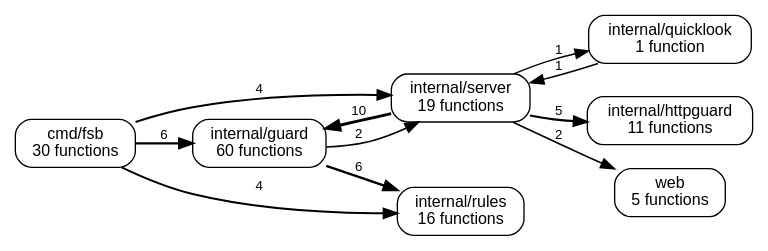
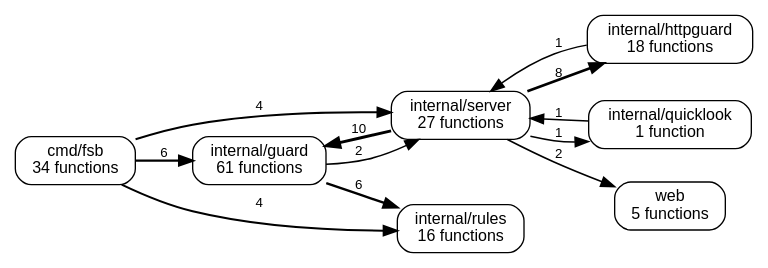
Before and after one commit to rprimmer/fsb: the diagram in docs/talk/packages.dot, drawn with Graphviz. The commit also changed 5 other files, not shown here.

```diff
--- a/docs/talk/packages.dot
+++ b/docs/talk/packages.dot
@@ -1,20 +1,21 @@
 digraph fsb {
  rankdir=LR; node [shape=box,style=rounded,fontname=Helvetica,fontsize=12]; edge [fontname=Helvetica,fontsize=10];
- "cmd/fsb" [label="cmd/fsb\n30 functions"];
- "internal/guard" [label="internal/guard\n60 functions"];
- "internal/httpguard" [label="internal/httpguard\n11 functions"];
+ "cmd/fsb" [label="cmd/fsb\n34 functions"];
+ "internal/guard" [label="internal/guard\n61 functions"];
+ "internal/httpguard" [label="internal/httpguard\n18 functions"];
  "internal/quicklook" [label="internal/quicklook\n1 function"];
  "internal/rules" [label="internal/rules\n16 functions"];
- "internal/server" [label="internal/server\n19 functions"];
+ "internal/server" [label="internal/server\n27 functions"];
  "web" [label="web\n5 functions"];
  "cmd/fsb" -> "internal/guard" [label="6",penwidth=1.8];
  "cmd/fsb" -> "internal/rules" [label="4",penwidth=1.5];
  "cmd/fsb" -> "internal/server" [label="4",penwidth=1.5];
  "internal/guard" -> "internal/rules" [label="6",penwidth=1.8];
  "internal/guard" -> "internal/server" [label="2",penwidth=1.2];
+ "internal/httpguard" -> "internal/server" [label="1",penwidth=1.1];
  "internal/quicklook" -> "internal/server" [label="1",penwidth=1.1];
  "internal/server" -> "internal/guard" [label="10",penwidth=2.2];
- "internal/server" -> "internal/httpguard" [label="5",penwidth=1.6];
+ "internal/server" -> "internal/httpguard" [label="8",penwidth=2.0];
  "internal/server" -> "internal/quicklook" [label="1",penwidth=1.1];
  "internal/server" -> "web" [label="2",penwidth=1.2];
 }
```
